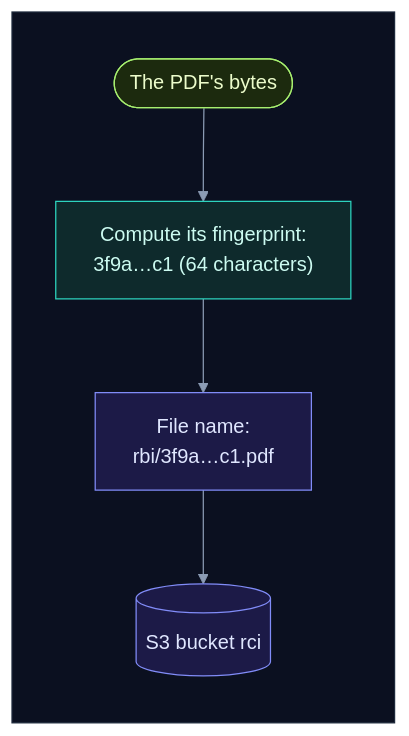
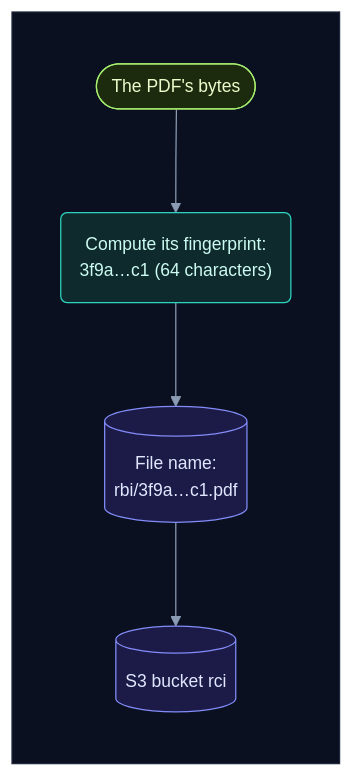
One commit to selvakumarperumal/Regulatory_Circular_Impact_Agent changed the eighth of 18 diagrams in how_the_watcher_works.md. Above: the diagram before and after it, drawn with Mermaid. The commit also changed other lines of this file and 5 other files, not shown here.

Commit message:
Give the docs' flowcharts a shape per kind of part, more room and slightly smaller text

````diff
--- a/how_the_watcher_works.md
+++ b/how_the_watcher_works.md
@@ -356,24 +356,24 @@
 ```mermaid
-%%{init: {"theme": "base", "flowchart": {"diagramPadding": 0}, "themeVariables": {"darkMode": true, "primaryColor": "#16213a", "primaryTextColor": "#e6edf7", "primaryBorderColor": "#475a7a", "lineColor": "#8b9bb4", "secondaryColor": "#1b2436", "tertiaryColor": "#101a2e", "edgeLabelBackground": "#0f172a", "textColor": "#e2e8f0", "clusterBkg": "#0f1728", "clusterBorder": "#2b3a55", "titleColor": "#c4b5fd", "nodeTextColor": "#e6edf7"}}}%%
+%%{init: {"theme": "base", "flowchart": {"diagramPadding": 0, "nodeSpacing": 58, "rankSpacing": 58, "curve": "basis"}, "themeVariables": {"fontSize": "14px", "darkMode": true, "primaryColor": "#16213a", "primaryTextColor": "#e6edf7", "primaryBorderColor": "#475a7a", "lineColor": "#8b9bb4", "secondaryColor": "#1b2436", "tertiaryColor": "#101a2e", "edgeLabelBackground": "#0f172a", "textColor": "#e2e8f0", "clusterBkg": "#0f1728", "clusterBorder": "#2b3a55", "titleColor": "#c4b5fd", "nodeTextColor": "#e6edf7"}}}%%
 flowchart TD
     subgraph canvas[" "]
         direction TB
-        a(["The PDF's bytes"]) --> b["Compute its fingerprint:<br/>3f9a…c1 (64 characters)"]
-        b --> c["File name:<br/>rbi/3f9a…c1.pdf"]
+        a(["The PDF's bytes"]) --> b("Compute its fingerprint:<br/>3f9a…c1 (64 characters)")
+        b --> c[("File name:<br/>rbi/3f9a…c1.pdf")]
         c --> d[("S3 bucket rci")]
     end
     classDef svc fill:#0e2a2c,stroke:#2dd4bf,color:#ccfbf1
     classDef data fill:#1c1a47,stroke:#818cf8,color:#e0e7ff
     classDef ext fill:#2a1640,stroke:#c084fc,color:#f3e8ff
     classDef gpu fill:#2d1b0c,stroke:#fb923c,color:#ffedd5
     classDef ask fill:#2a2410,stroke:#fbbf24,color:#fef3c7
     classDef ok fill:#0b2a1c,stroke:#34d399,color:#d1fae5
     classDef bad fill:#2e0f17,stroke:#fb7185,color:#ffe4e6
     classDef start fill:#1c2a0e,stroke:#a7ef6f,color:#ecfccb
     classDef muted fill:#1a2130,stroke:#64748b,color:#cbd5e1
     classDef queue fill:#0c2231,stroke:#38bdf8,color:#e0f2fe
     class a start
     class b svc
     class c,d data
     style canvas fill:#0b1020,stroke:#1e293b,color:#0b1020
 ```
````
